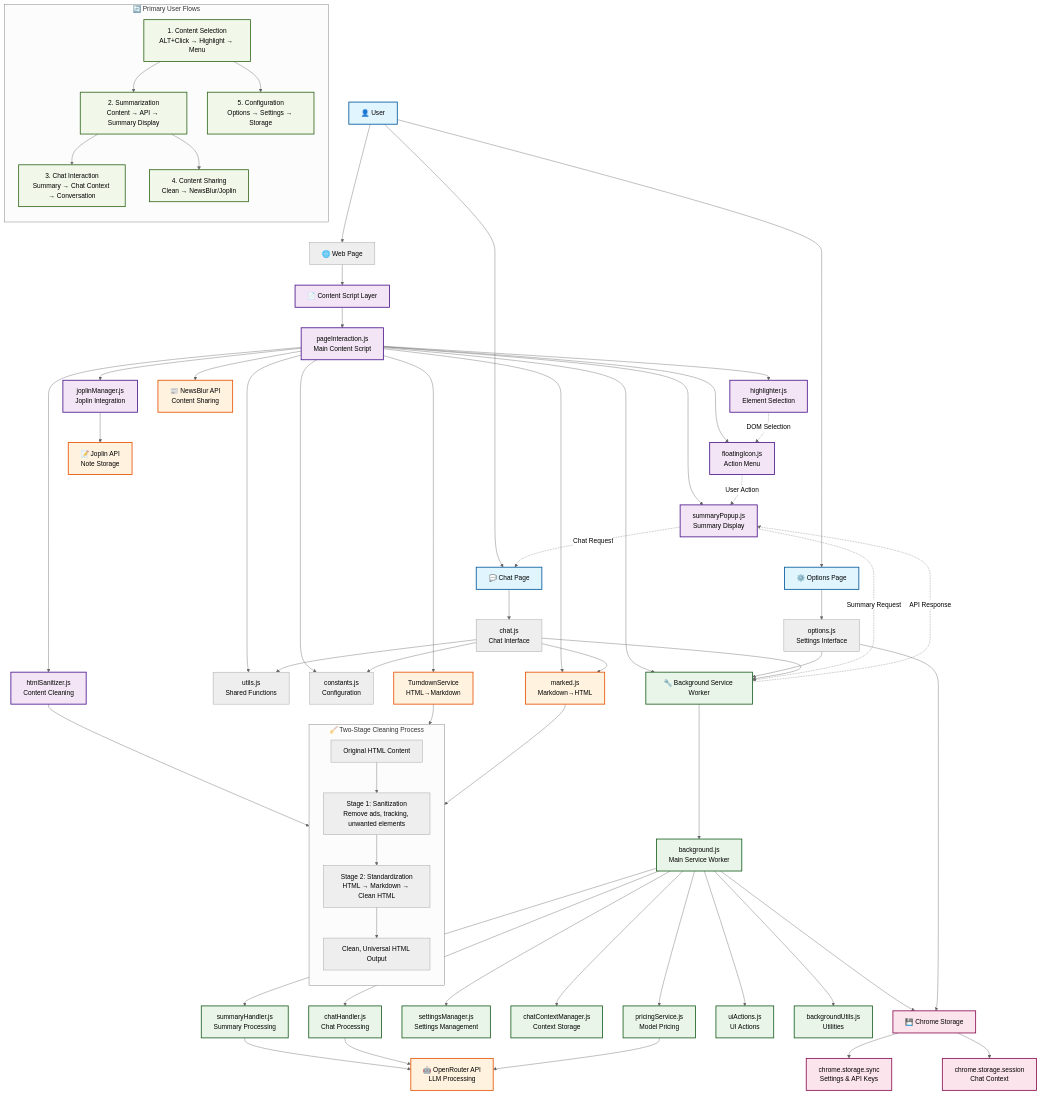
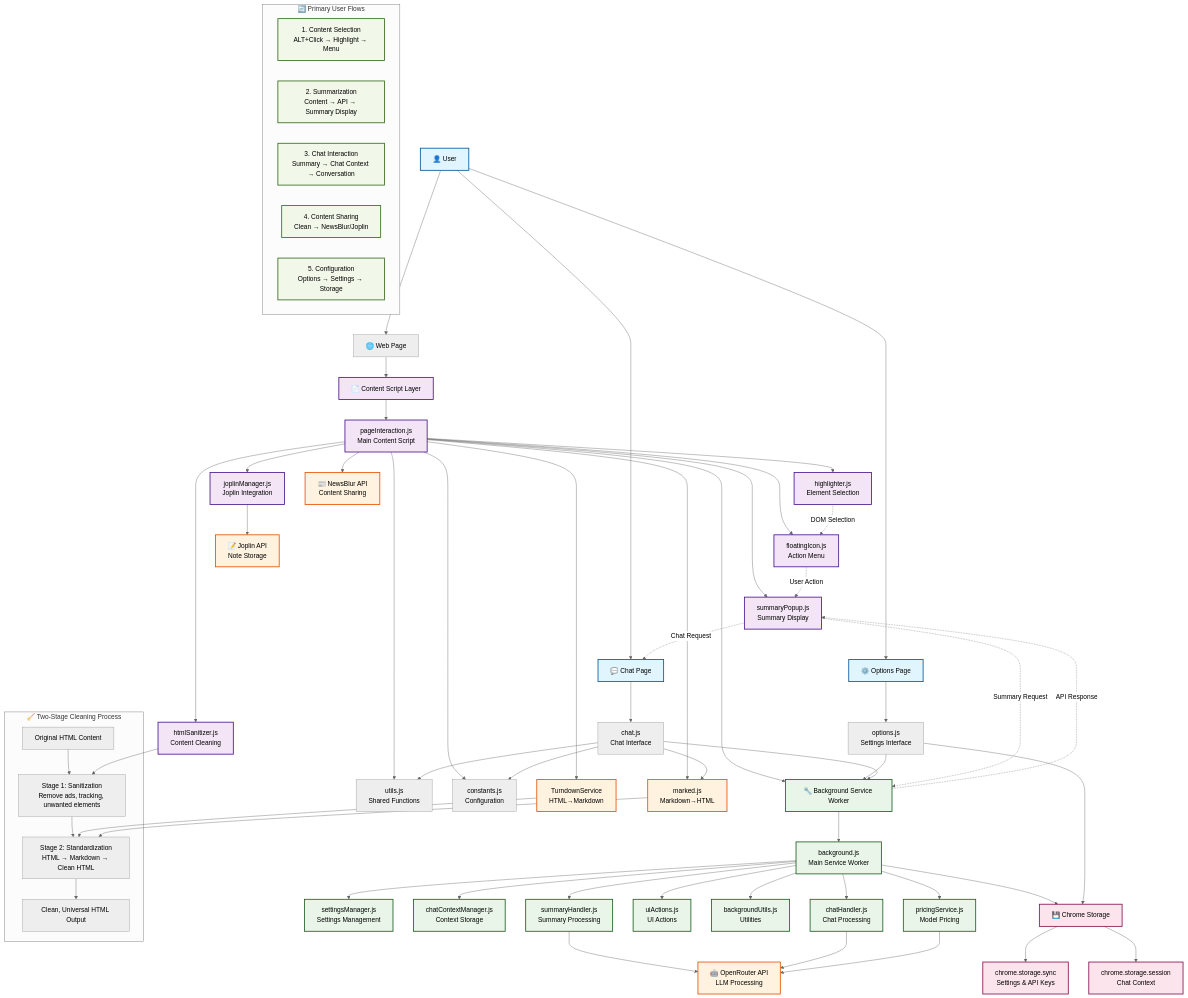
The diagram in README.md (bogorad/openrouter-summarizer), drawn with Mermaid (neutral theme) before and after one commit. The commit also changed other lines of this file, not shown here.

````diff
--- a/README.md
+++ b/README.md
@@ -61,5 +61,13 @@
 ```mermaid
 graph TB
+    %% Styling Definitions
+    classDef userInterface fill:#e1f5fe,stroke:#01579b,stroke-width:2px
+    classDef contentScript fill:#f3e5f5,stroke:#4a148c,stroke-width:2px
+    classDef background fill:#e8f5e8,stroke:#1b5e20,stroke-width:2px
+    classDef external fill:#fff3e0,stroke:#e65100,stroke-width:2px
+    classDef storage fill:#fce4ec,stroke:#880e4f,stroke-width:2px
+    classDef flow fill:#f1f8e9,stroke:#33691e,stroke-width:2px
+
     %% User Interactions
     User[👤 User] --> WebPage[🌐 Web Page]
     User --> OptionsPage[⚙️ Options Page]
@@ -67,75 +75,69 @@
 
     %% Web Page Content Scripts
     WebPage --> ContentScript[📄 Content Script Layer]
-    ContentScript --> PageInteraction["pageInteraction.js<br/>Main Content Script"]
+    ContentScript --> PageInteraction[pageInteraction.js<br/>Main Content Script]
 
     %% Content Script Modules
-    PageInteraction --> Highlighter["highlighter.js<br/>Element Selection"]
-    PageInteraction --> FloatingIcon["floatingIcon.js<br/>Action Menu"]
-    PageInteraction --> SummaryPopup["summaryPopup.js<br/>Summary Display"]
-    PageInteraction --> JoplinManager["joplinManager.js<br/>Joplin Integration"]
-    PageInteraction --> HTMLSanitizer["htmlSanitizer.js<br/>Content Cleaning"]
+    PageInteraction --> Highlighter[highlighter.js<br/>Element Selection]
+    PageInteraction --> FloatingIcon[floatingIcon.js<br/>Action Menu]
+    PageInteraction --> SummaryPopup[summaryPopup.js<br/>Summary Display]
+    PageInteraction --> JoplinManager[joplinManager.js<br/>Joplin Integration]
+    PageInteraction --> HTMLSanitizer[htmlSanitizer.js<br/>Content Cleaning]
 
     %% Shared Utilities
-    PageInteraction --> Utils["utils.js<br/>Shared Functions"]
-    PageInteraction --> Constants["constants.js<br/>Configuration"]
+    PageInteraction --> Utils[utils.js<br/>Shared Functions]
+    PageInteraction --> Constants[constants.js<br/>Configuration]
 
     %% External Libraries
-    PageInteraction --> TurndownService["TurndownService<br/>HTML→Markdown"]
-    PageInteraction --> MarkedJS["marked.js<br/>Markdown→HTML"]
+    PageInteraction --> TurndownService[TurndownService<br/>HTML→Markdown]
+    PageInteraction --> MarkedJS[marked.js<br/>Markdown→HTML]
 
     %% Background Service Worker
     PageInteraction --> Background[🔧 Background Service Worker]
-    Background --> BackgroundJS["background.js<br/>Main Service Worker"]
+    Background --> BackgroundJS[background.js<br/>Main Service Worker]
 
     %% Background Modules
-    BackgroundJS --> SummaryHandler["summaryHandler.js<br/>Summary Processing"]
-    BackgroundJS --> ChatHandler["chatHandler.js<br/>Chat Processing"]
-    BackgroundJS --> SettingsManager["settingsManager.js<br/>Settings Management"]
-    BackgroundJS --> ChatContextManager["chatContextManager.js<br/>Context Storage"]
-    BackgroundJS --> PricingService["pricingService.js<br/>Model Pricing"]
-    BackgroundJS --> UIActions["uiActions.js<br/>UI Actions"]
-    BackgroundJS --> BackgroundUtils["backgroundUtils.js<br/>Utilities"]
+    BackgroundJS --> SummaryHandler[summaryHandler.js<br/>Summary Processing]
+    BackgroundJS --> ChatHandler[chatHandler.js<br/>Chat Processing]
+    BackgroundJS --> SettingsManager[settingsManager.js<br/>Settings Management]
+    BackgroundJS --> ChatContextManager[chatContextManager.js<br/>Context Storage]
+    BackgroundJS --> PricingService[pricingService.js<br/>Model Pricing]
+    BackgroundJS --> UIActions[uiActions.js<br/>UI Actions]
+    BackgroundJS --> BackgroundUtils[backgroundUtils.js<br/>Utilities]
 
     %% External APIs
-    SummaryHandler --> OpenRouterAPI["🤖 OpenRouter API<br/>LLM Processing"]
+    SummaryHandler --> OpenRouterAPI[🤖 OpenRouter API<br/>LLM Processing]
     ChatHandler --> OpenRouterAPI
     PricingService --> OpenRouterAPI
 
     %% External Services
-    JoplinManager --> JoplinAPI["📝 Joplin API<br/>Note Storage"]
-    PageInteraction --> NewsBlurAPI["📰 NewsBlur API<br/>Content Sharing"]
+    JoplinManager --> JoplinAPI[📝 Joplin API<br/>Note Storage]
+    PageInteraction --> NewsBlurAPI[📰 NewsBlur API<br/>Content Sharing]
 
     %% Storage Systems
     BackgroundJS --> ChromeStorage[💾 Chrome Storage]
-    ChromeStorage --> SyncStorage["chrome.storage.sync<br/>Settings & API Keys"]
-    ChromeStorage --> SessionStorage["chrome.storage.session<br/>Chat Context"]
+    ChromeStorage --> SyncStorage[chrome.storage.sync<br/>Settings & API Keys]
+    ChromeStorage --> SessionStorage[chrome.storage.session<br/>Chat Context]
 
     %% Options Page
-    OptionsPage --> OptionsJS["options.js<br/>Settings Interface"]
+    OptionsPage --> OptionsJS[options.js<br/>Settings Interface]
     OptionsJS --> Background
     OptionsJS --> ChromeStorage
 
     %% Chat Page
-    ChatPage --> ChatJS["chat.js<br/>Chat Interface"]
+    ChatPage --> ChatJS[chat.js<br/>Chat Interface]
     ChatJS --> Background
     ChatJS --> Utils
     ChatJS --> Constants
     ChatJS --> MarkedJS
 
     %% User Flows
-    subgraph UserFlows["🔄 Primary User Flows"]
-        direction TB
+    subgraph "🔄 Primary User Flows"
         Flow1["1. Content Selection<br/>ALT+Click → Highlight → Menu"]
         Flow2["2. Summarization<br/>Content → API → Summary Display"]
         Flow3["3. Chat Interaction<br/>Summary → Chat Context → Conversation"]
         Flow4["4. Content Sharing<br/>Clean → NewsBlur/Joplin"]
         Flow5["5. Configuration<br/>Options → Settings → Storage"]
-
-        Flow1 --> Flow2
-        Flow2 --> Flow3
-        Flow2 --> Flow4
-        Flow1 --> Flow5
     end
 
     %% Data Flow Indicators
@@ -146,11 +148,10 @@
     SummaryPopup -.->|Chat Request| ChatPage
 
     %% Two-Stage Cleaning Process
-    subgraph CleaningProcess["🧹 Two-Stage Cleaning Process"]
-        direction TB
+    subgraph "🧹 Two-Stage Cleaning Process"
         OriginalHTML[Original HTML Content]
-        Stage1["Stage 1: Sanitization<br/>Remove ads, tracking, unwanted elements"]
-        Stage2["Stage 2: Standardization<br/>HTML → Markdown → Clean HTML"]
+        Stage1[Stage 1: Sanitization<br/>Remove ads, tracking, unwanted elements]
+        Stage2[Stage 2: Standardization<br/>HTML → Markdown → Clean HTML]
         CleanOutput[Clean, Universal HTML Output]
 
         OriginalHTML --> Stage1
@@ -162,14 +163,7 @@
     TurndownService --> Stage2
     MarkedJS --> Stage2
 
-    %% Styling
-    classDef userInterface fill:#e1f5fe,stroke:#01579b,stroke-width:2px
-    classDef contentScript fill:#f3e5f5,stroke:#4a148c,stroke-width:2px
-    classDef background fill:#e8f5e8,stroke:#1b5e20,stroke-width:2px
-    classDef external fill:#fff3e0,stroke:#e65100,stroke-width:2px
-    classDef storage fill:#fce4ec,stroke:#880e4f,stroke-width:2px
-    classDef flow fill:#f1f8e9,stroke:#33691e,stroke-width:2px
-
+    %% Class Assignments
     class User,OptionsPage,ChatPage userInterface
     class ContentScript,PageInteraction,Highlighter,FloatingIcon,SummaryPopup,JoplinManager,HTMLSanitizer contentScript
     class Background,BackgroundJS,SummaryHandler,ChatHandler,SettingsManager,ChatContextManager,PricingService,UIActions,BackgroundUtils background
````
